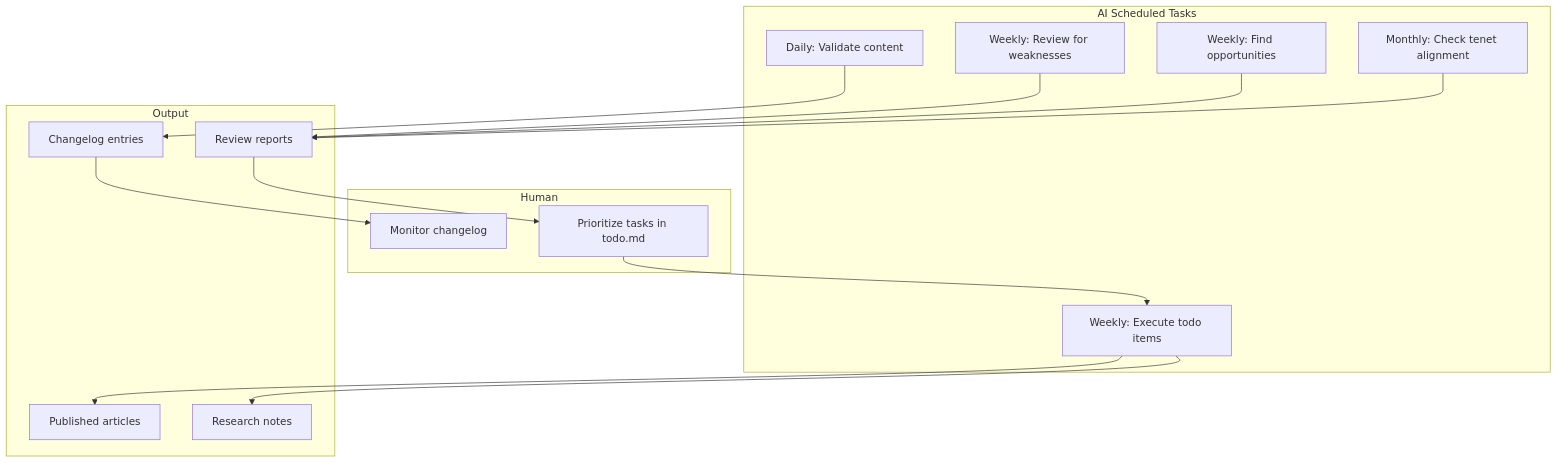
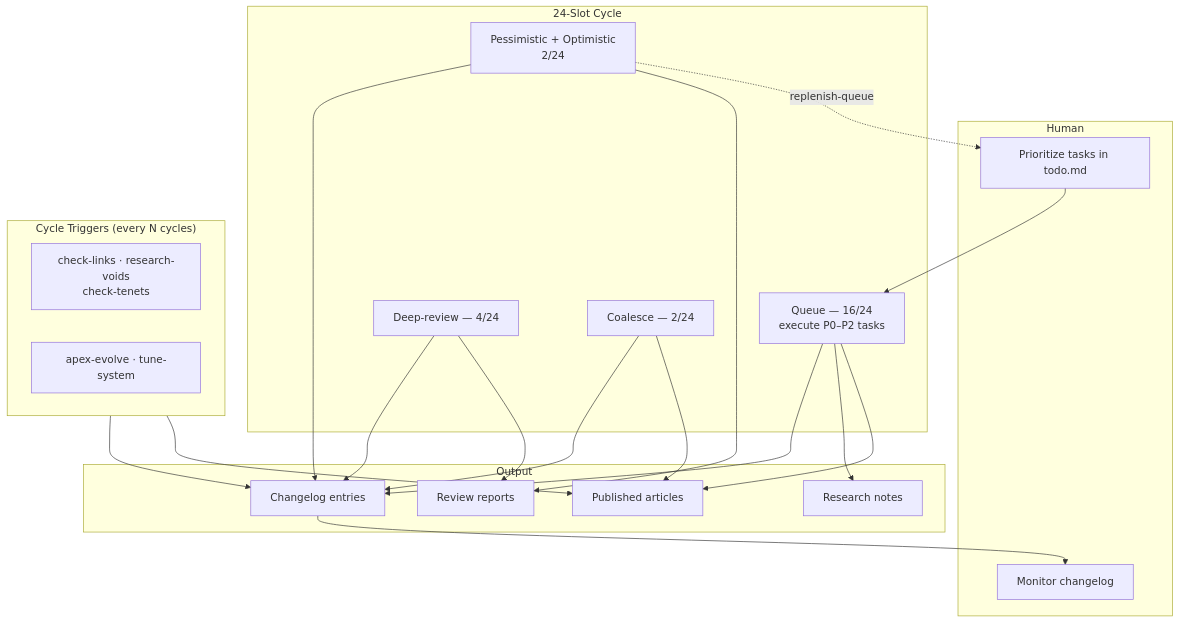
One commit to unfinishablemap/unfinishablemap changed the diagram in obsidian/project/automation.md. Above: the diagram before and after it, drawn with Mermaid. The commit also changed other lines of this file and 3 other files, not shown here.

First line of the commit message:
refine(deep-review): improve project/automation.md hub article

````diff
--- a/obsidian/project/automation.md
+++ b/obsidian/project/automation.md
@@ -25,32 +30,41 @@
 ```mermaid
 flowchart TD
     subgraph Human
         H1[Prioritize tasks in todo.md]
         H2[Monitor changelog]
     end
 
-    subgraph AI Scheduled Tasks
-        A1[Daily: Validate content]
-        A2[Weekly: Execute todo items]
-        A3[Weekly: Review for weaknesses]
-        A4[Weekly: Find opportunities]
-        A5[Monthly: Check tenet alignment]
+    subgraph Cycle["24-Slot Cycle"]
+        A1[Queue — 16/24<br/>execute P0–P2 tasks]
+        A2[Deep-review — 4/24]
+        A3[Pessimistic + Optimistic<br/>2/24]
+        A4[Coalesce — 2/24]
+    end
+
+    subgraph Triggers["Cycle Triggers (every N cycles)"]
+        T1[check-links · research-voids<br/>check-tenets]
+        T2[apex-evolve · tune-system]
     end
 
     subgraph Output
         O1[Published articles]
         O2[Research notes]
         O3[Review reports]
         O4[Changelog entries]
     end
 
-    H1 --> A2
+    H1 --> A1
+    A3 -. replenish-queue .-> H1
+    A1 --> O1
+    A1 --> O2
+    A2 --> O3
+    A3 --> O3
+    A4 --> O1
+    Triggers --> O1
     A1 --> O4
-    A2 --> O1
-    A2 --> O2
-    A3 --> O3
-    A4 --> O3
-    A5 --> O3
-    O3 --> H1
+    A2 --> O4
+    A3 --> O4
+    A4 --> O4
+    Triggers --> O4
     O4 --> H2
 ```
````
